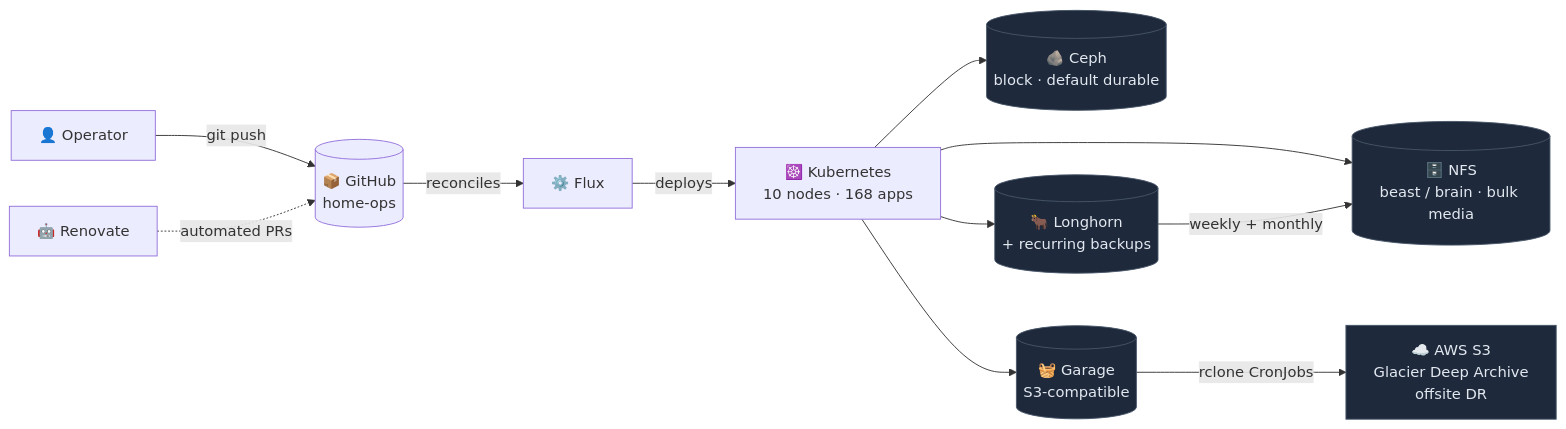
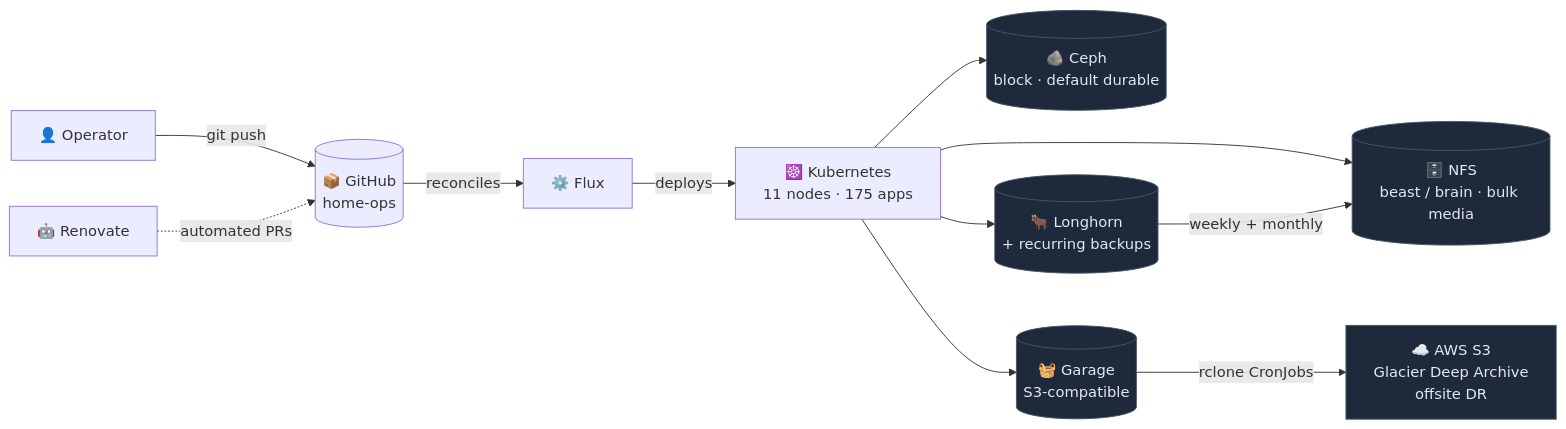
Before and after one commit to rwlove/home-ops: the first of 3 diagrams in README.md, drawn with Mermaid. The commit also changed other lines of this file and 2 other files, not shown here.

````diff
--- a/README.md
+++ b/README.md
@@ -40,18 +40,18 @@
 ```mermaid
 flowchart LR
     Dev[👤 Operator] -->|git push| Repo[(📦 GitHub<br/>home-ops)]
     Renovate[🤖 Renovate] -.->|automated PRs| Repo
     Repo -->|reconciles| Flux[⚙️ Flux]
-    Flux -->|deploys| Cluster[☸️ Kubernetes<br/>10 nodes · 168 apps]
+    Flux -->|deploys| Cluster[☸️ Kubernetes<br/>11 nodes · 175 apps]
 
     Cluster --> Ceph[(🪨 Ceph<br/>block · default durable)]
     Cluster --> LH[(🐂 Longhorn<br/>+ recurring backups)]
     Cluster --> Garage[(🧺 Garage<br/>S3-compatible)]
     Cluster --> NFS[(🗄️ NFS<br/>beast / brain · bulk media)]
 
     LH -->|weekly + monthly| NFS
     Garage -->|rclone CronJobs| AWS[☁️ AWS S3<br/>Glacier Deep Archive<br/>offsite DR]
 
     classDef store fill:#1e293b,stroke:#475569,color:#e2e8f0
     class Ceph,LH,Garage,NFS,AWS store
 ```
````
